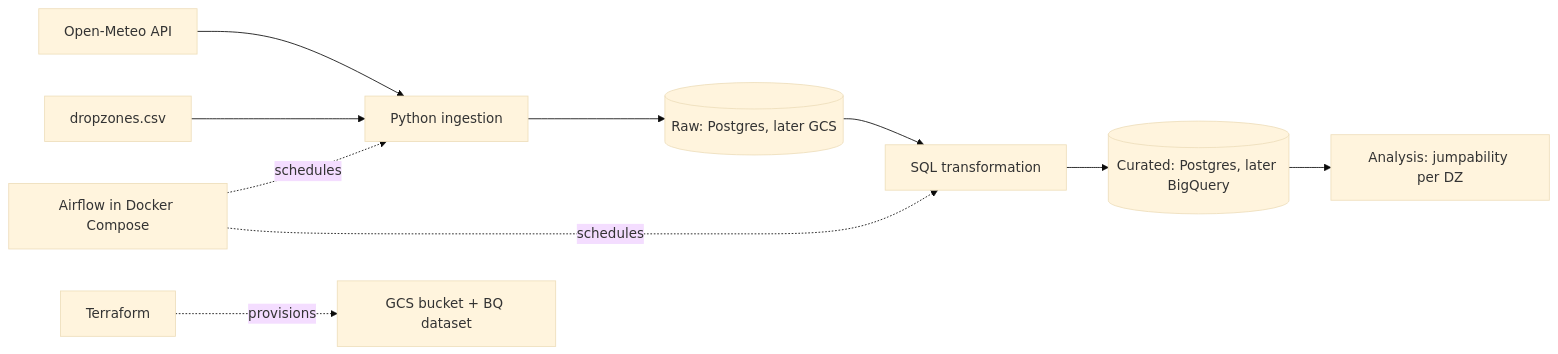
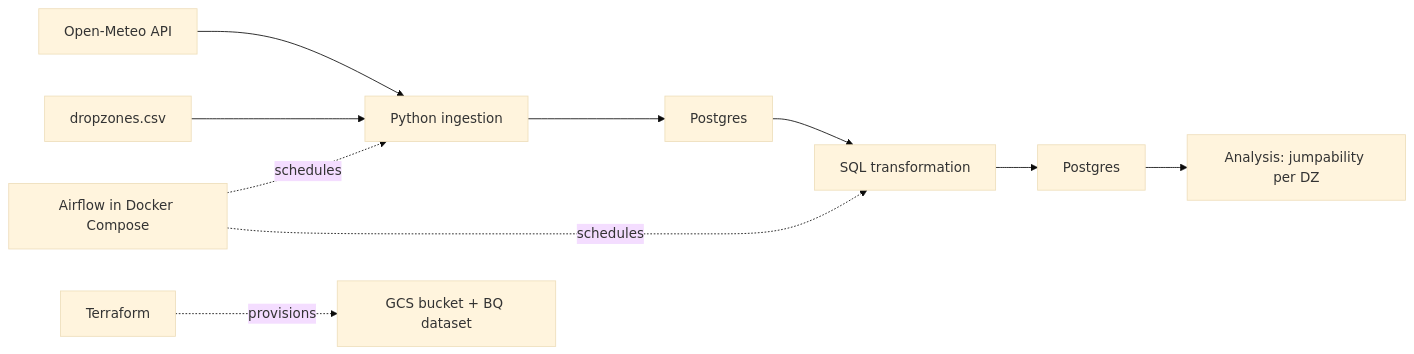
One commit to NiClerici/deng-hs26-skydive changed the diagram in docs/architecture.md. Above: the diagram before and after it, drawn with Mermaid (base theme). The commit also changed 3 other files, not shown here.

Commit message:
Remove dropzones.csv and update architecture documentation; add new flight data for August 2026.

````diff
--- a/docs/architecture.md
+++ b/docs/architecture.md
@@ -3,12 +3,12 @@
 ```mermaid
 flowchart LR
     API[Open-Meteo API] --> ING[Python ingestion]
     SEED[dropzones.csv] --> ING
-    ING --> RAW[(Raw: Postgres, later GCS)]
+    ING --> RAW[Postgres]
     RAW --> TRF[SQL transformation]
-    TRF --> CUR[(Curated: Postgres, later BigQuery)]
+    TRF --> CUR[Postgres]
     CUR --> USE[Analysis: jumpability per DZ]
     AF[Airflow in Docker Compose] -.schedules.-> ING
     AF -.schedules.-> TRF
     TF[Terraform] -.provisions.-> GCP[GCS bucket + BQ dataset]
 ```
````
